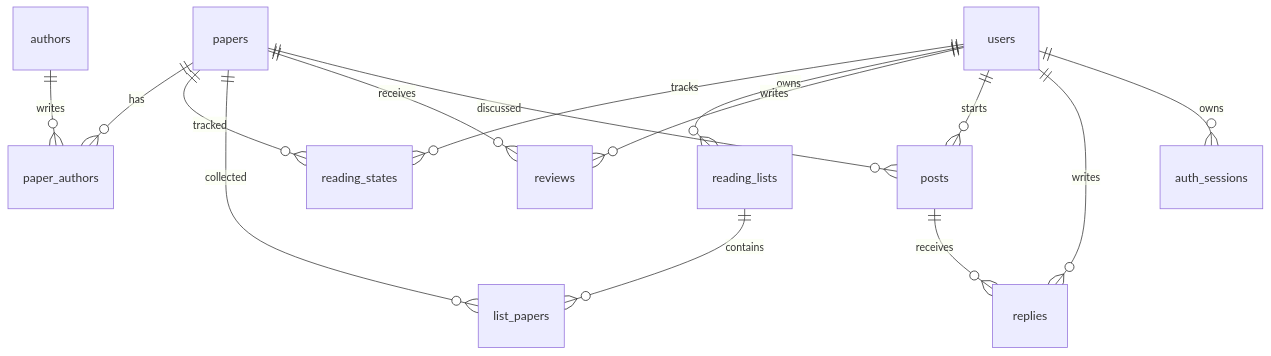
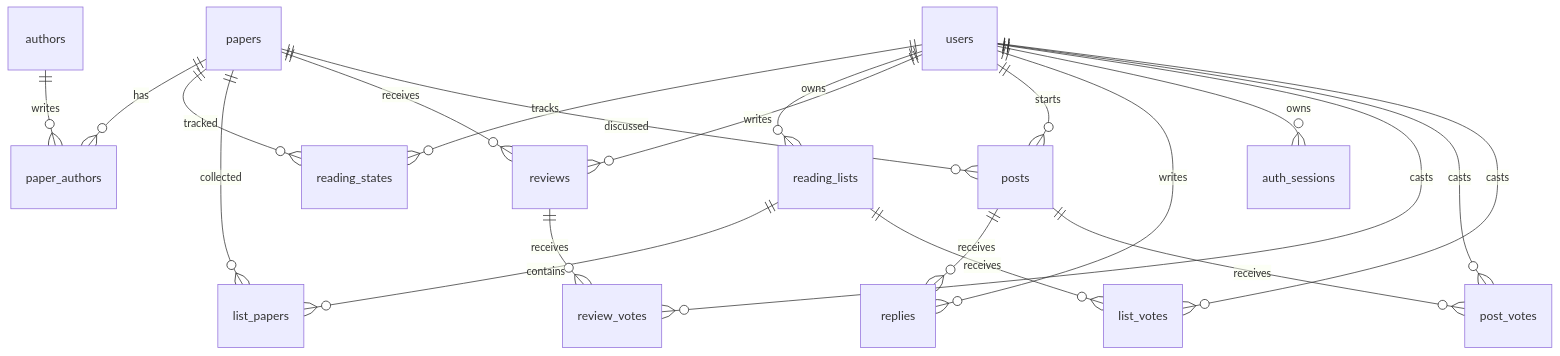
One commit to Autumn-cyber-aka/ml-research-navigator changed the second of 2 diagrams in docs/ARCHITECTURE.md. Above: the diagram before and after it, drawn with Mermaid. The commit also changed other lines of this file and 35 other files, not shown here.

````diff
--- a/docs/ARCHITECTURE.md
+++ b/docs/ARCHITECTURE.md
@@ -19,17 +19,23 @@
 ```mermaid
 erDiagram
     papers ||--o{ paper_authors : has
     authors ||--o{ paper_authors : writes
     users ||--o{ reading_states : tracks
     papers ||--o{ reading_states : tracked
     users ||--o{ reading_lists : owns
     reading_lists ||--o{ list_papers : contains
     papers ||--o{ list_papers : collected
     users ||--o{ reviews : writes
     papers ||--o{ reviews : receives
     users ||--o{ posts : starts
     papers ||--o{ posts : discussed
     posts ||--o{ replies : receives
     users ||--o{ replies : writes
     users ||--o{ auth_sessions : owns
+    reviews ||--o{ review_votes : receives
+    posts ||--o{ post_votes : receives
+    reading_lists ||--o{ list_votes : receives
+    users ||--o{ review_votes : casts
+    users ||--o{ post_votes : casts
+    users ||--o{ list_votes : casts
 ```
````
